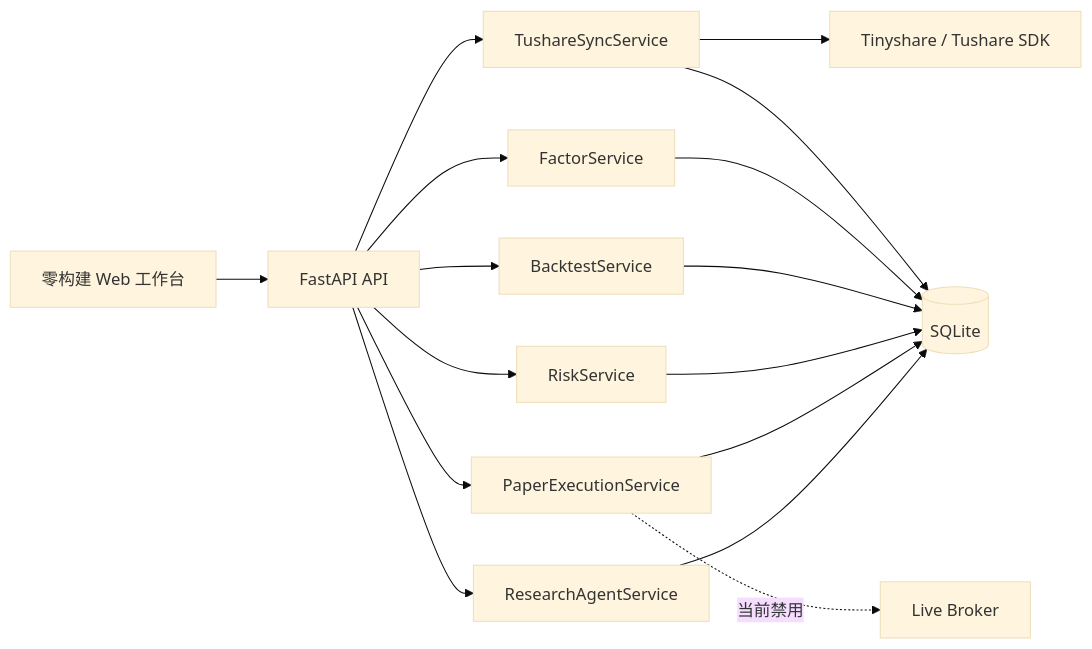
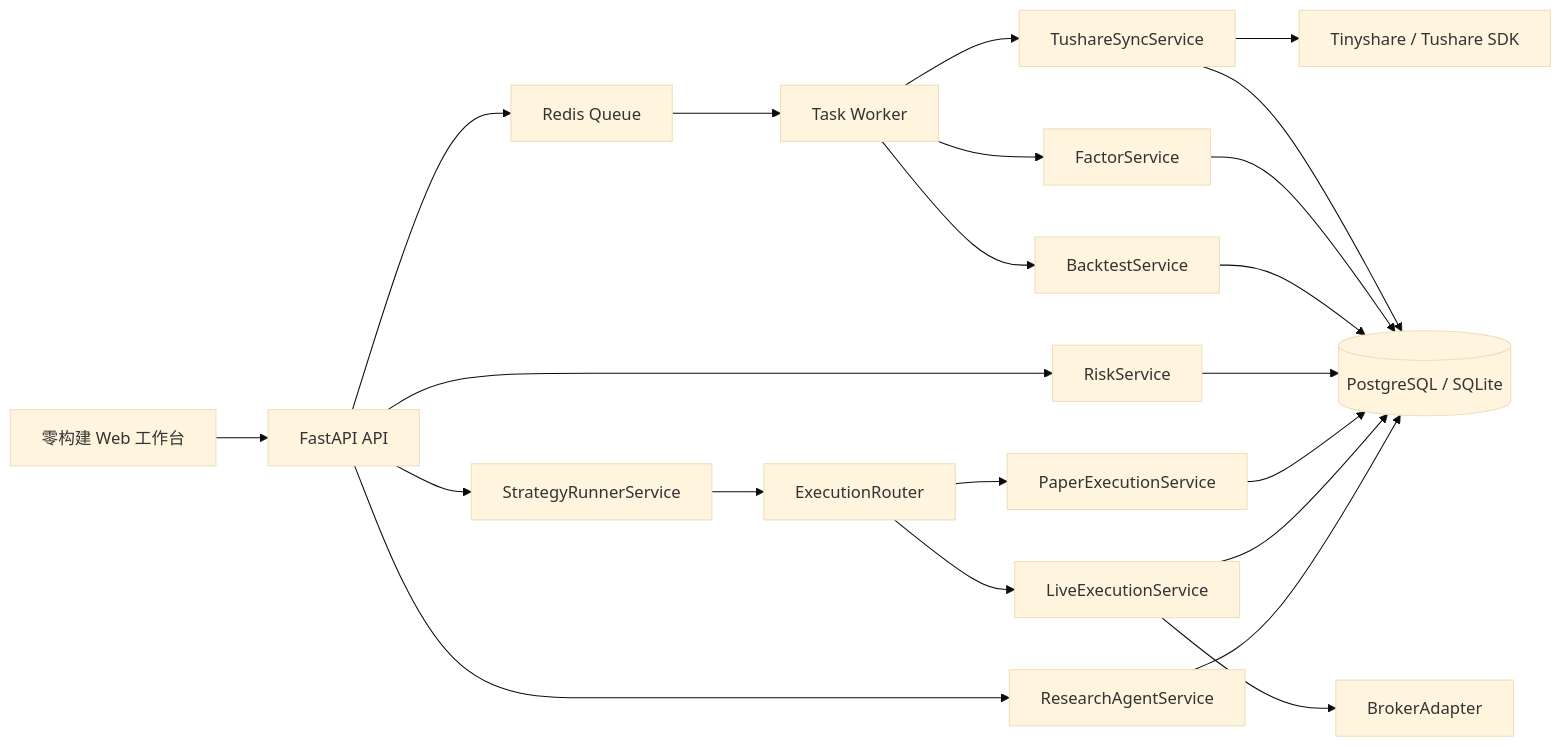
One commit to klayth798-jpg/quant-dev changed the first of 2 diagrams in docs/PROJECT_CODE_GUIDE.md. Above: the diagram before and after it, drawn with Mermaid (base theme). The commit also changed other lines of this file and 70 other files, not shown here.

````diff
--- a/docs/PROJECT_CODE_GUIDE.md
+++ b/docs/PROJECT_CODE_GUIDE.md
@@ -41,18 +48,24 @@
 ```mermaid
 flowchart LR
     UI["零构建 Web 工作台"] --> API["FastAPI API"]
-    API --> SYNC["TushareSyncService"]
-    API --> FACTOR["FactorService"]
-    API --> BACKTEST["BacktestService"]
+    API --> REDIS["Redis Queue"]
+    REDIS --> WORKER["Task Worker"]
+    WORKER --> SYNC["TushareSyncService"]
+    WORKER --> FACTOR["FactorService"]
+    WORKER --> BACKTEST["BacktestService"]
     API --> RISK["RiskService"]
-    API --> PAPER["PaperExecutionService"]
+    API --> STRATEGY["StrategyRunnerService"]
+    STRATEGY --> ROUTER["ExecutionRouter"]
+    ROUTER --> PAPER["PaperExecutionService"]
+    ROUTER --> LIVE["LiveExecutionService"]
+    LIVE --> BROKER["BrokerAdapter"]
     API --> AGENT["ResearchAgentService"]
     SYNC --> PROVIDER["Tinyshare / Tushare SDK"]
-    SYNC --> DB[("SQLite")]
+    SYNC --> DB[("PostgreSQL / SQLite")]
     FACTOR --> DB
     BACKTEST --> DB
     RISK --> DB
     PAPER --> DB
+    LIVE --> DB
     AGENT --> DB
-    PAPER -. "当前禁用" .-> LIVE["Live Broker"]
 ```
````
